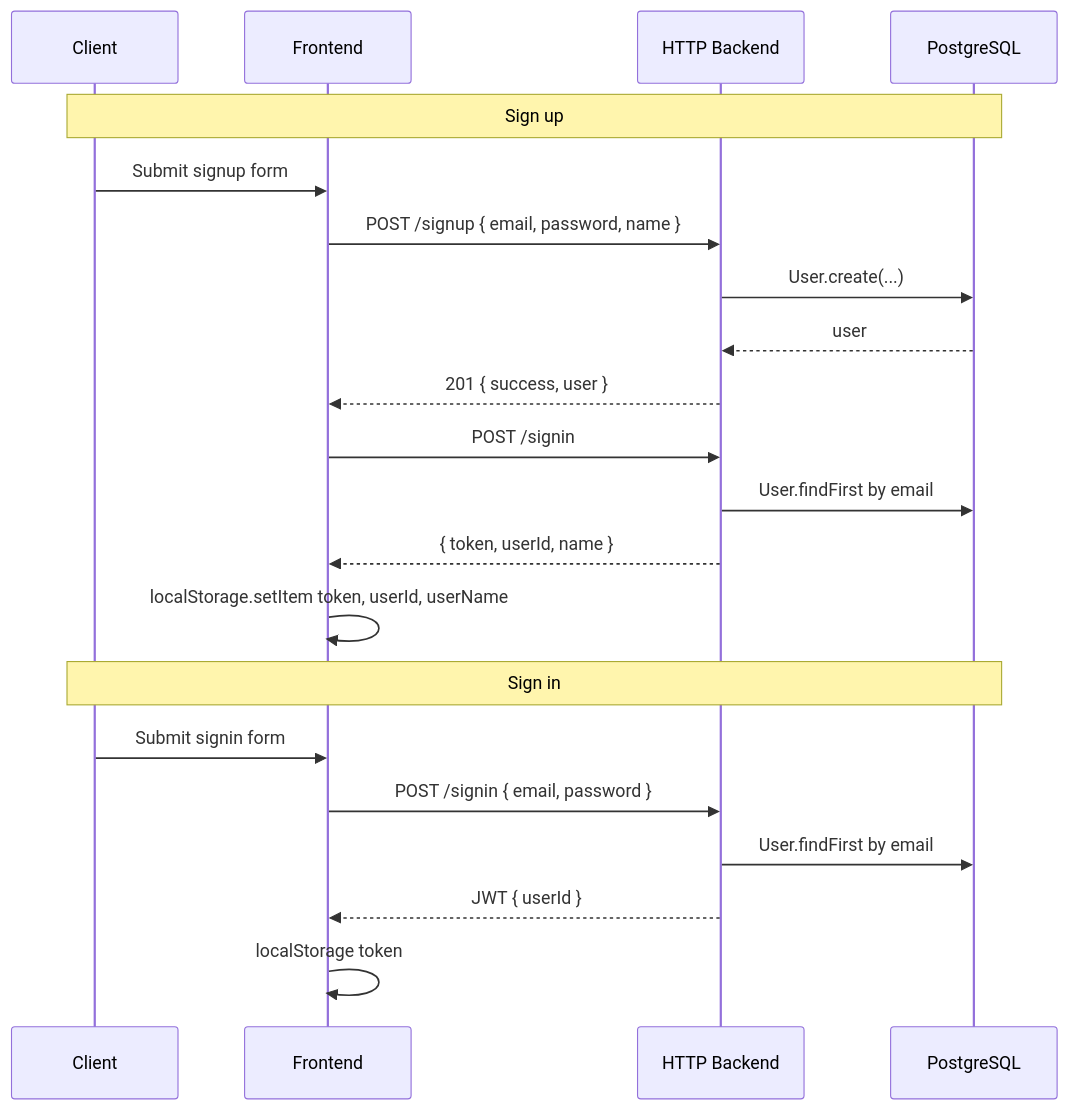
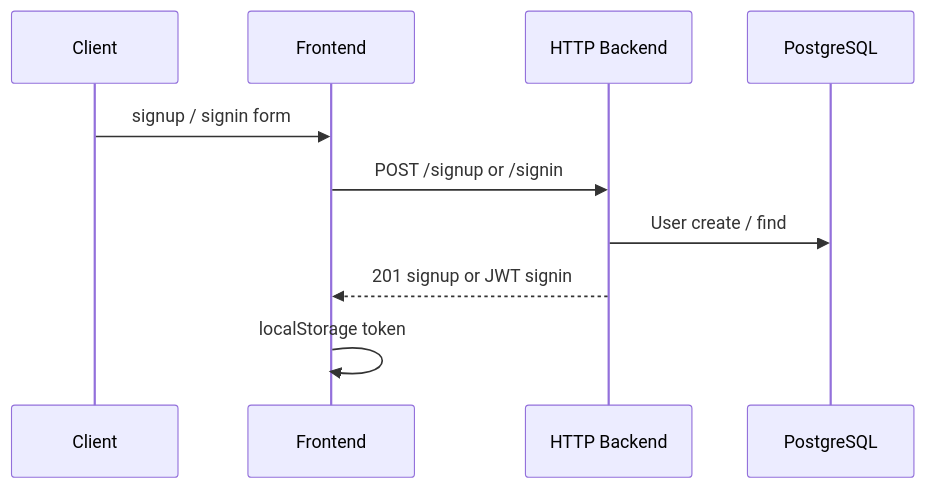
Before and after one commit to shivamkr082003/draw-app: the seventh of 12 diagrams in README.md, drawn with Mermaid. The commit also changed other lines of this file, not shown here.

Commit message:
docs: improve README and diagrams

````diff
--- a/README.md
+++ b/README.md
@@ -251,25 +318,13 @@
 ```mermaid
 sequenceDiagram
     participant C as Client
     participant FE as Frontend
     participant H as HTTP Backend
     participant P as PostgreSQL
 
-    Note over C,P: Sign up
-    C->>FE: Submit signup form
-    FE->>H: POST /signup { email, password, name }
-    H->>P: User.create(...)
-    P-->>H: user
-    H-->>FE: 201 { success, user }
-    FE->>H: POST /signin
-    H->>P: User.findFirst by email
-    H-->>FE: { token, userId, name }
-    FE->>FE: localStorage.setItem token, userId, userName
-
-    Note over C,P: Sign in
-    C->>FE: Submit signin form
-    FE->>H: POST /signin { email, password }
-    H->>P: User.findFirst by email
-    H-->>FE: JWT { userId }
+    C->>FE: signup / signin form
+    FE->>H: POST /signup or /signin
+    H->>P: User create / find
+    H-->>FE: 201 signup or JWT signin
     FE->>FE: localStorage token
 ```
````
